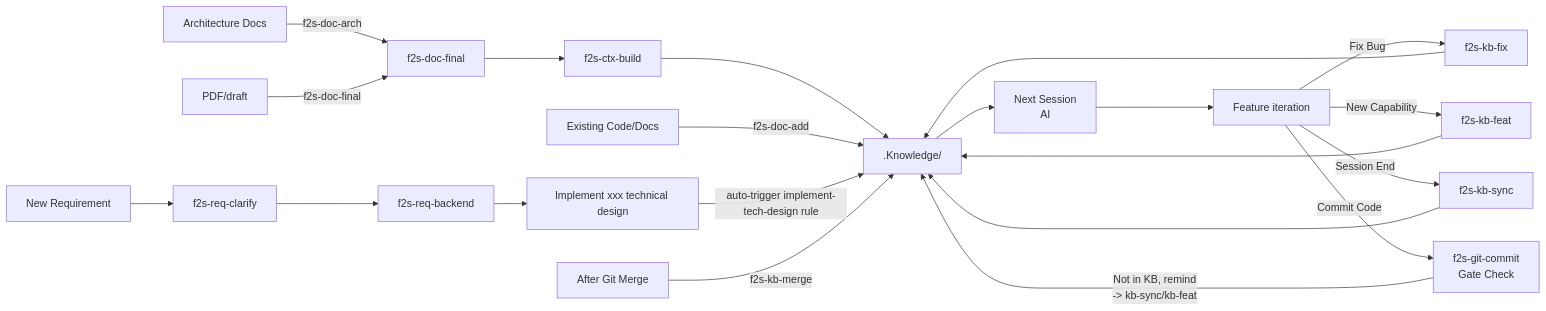
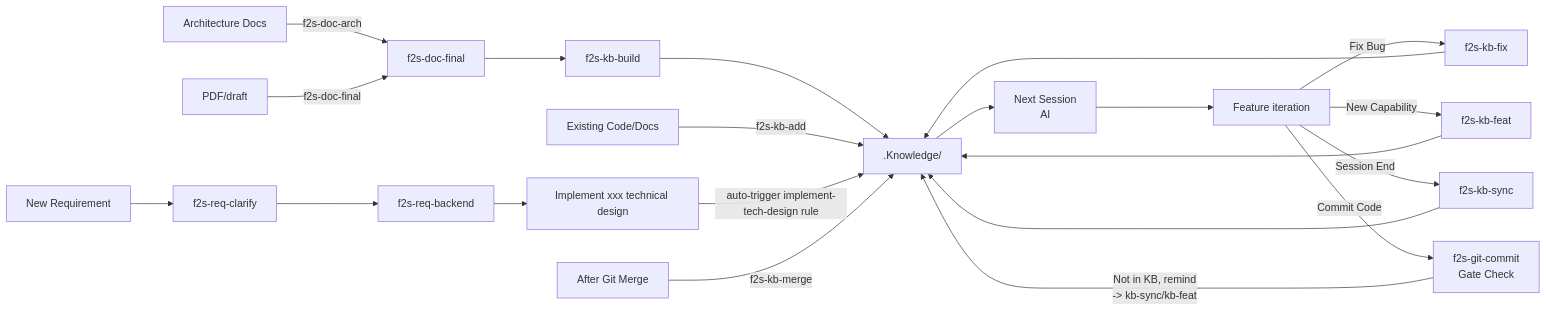
The third of 7 diagrams in docs/en/design-principles.md (Lands-1203/Flow2Spec), drawn with Mermaid before and after one commit. The commit also changed other lines of this file and 107 other files, not shown here.

````diff
--- a/docs/en/design-principles.md
+++ b/docs/en/design-principles.md
@@ -90,22 +90,22 @@
 ```mermaid
 graph LR
     K[".Knowledge/"] --> AI["Next Session\nAI"]
     AI --> C["Feature iteration"]
 
     C -->|"Fix Bug"| FIX["f2s-kb-fix"] --> K
     C -->|"New Capability"| FEAT["f2s-kb-feat"] --> K
     C -->|"Session End"| SYNC["f2s-kb-sync"] --> K
     C -->|"Commit Code"| CMT["f2s-git-commit\nGate Check"]
     CMT -->|"Not in KB, remind\n-> kb-sync/kb-feat"| K
 
     D1["Architecture Docs"] -->|f2s-doc-arch| FIN["f2s-doc-final"]
     D2["PDF/draft"] -->|f2s-doc-final| FIN
-    FIN --> CTX["f2s-ctx-build"] --> K
+    FIN --> CTX["f2s-kb-build"] --> K
 
-    OLD["Existing Code/Docs"] -->|f2s-doc-add| K
+    OLD["Existing Code/Docs"] -->|f2s-kb-add| K
 
     NR["New Requirement"] --> CL["f2s-req-clarify"] --> BE["f2s-req-backend"]
     BE --> IMPL["Implement xxx technical design"] -->|auto-trigger implement-tech-design rule| K
 
     GIT["After Git Merge"] -->|f2s-kb-merge| K
 ```
````
